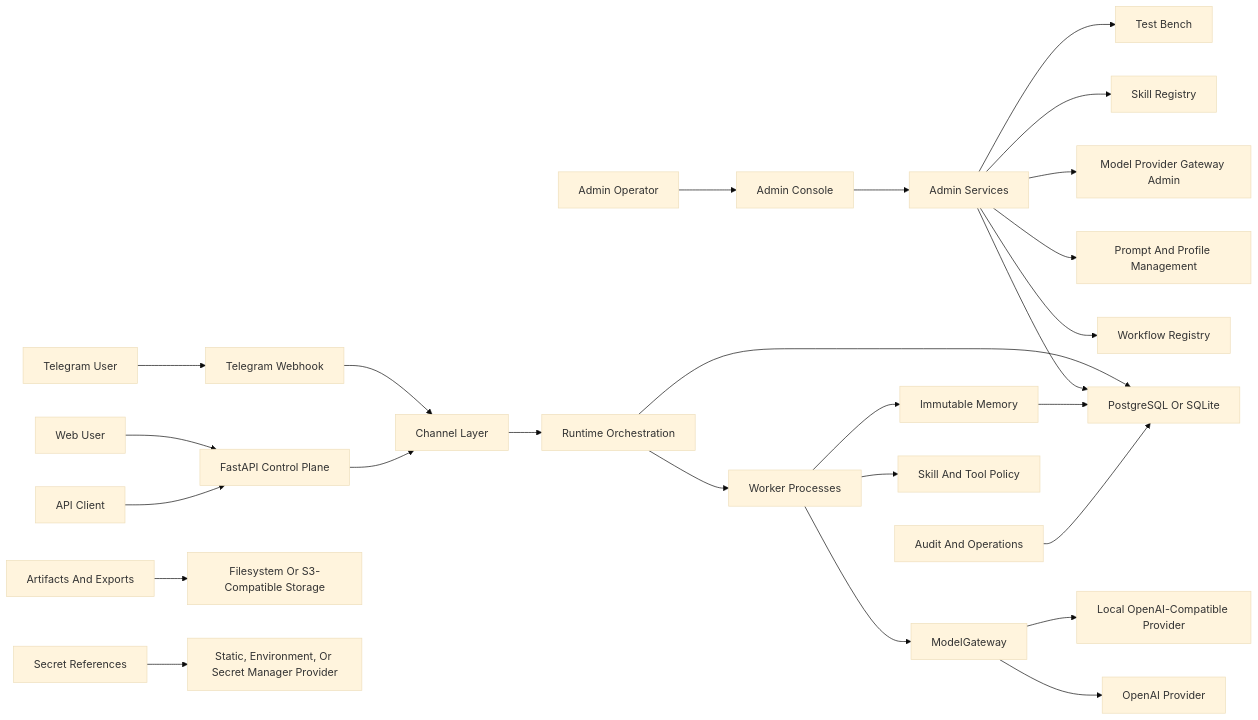
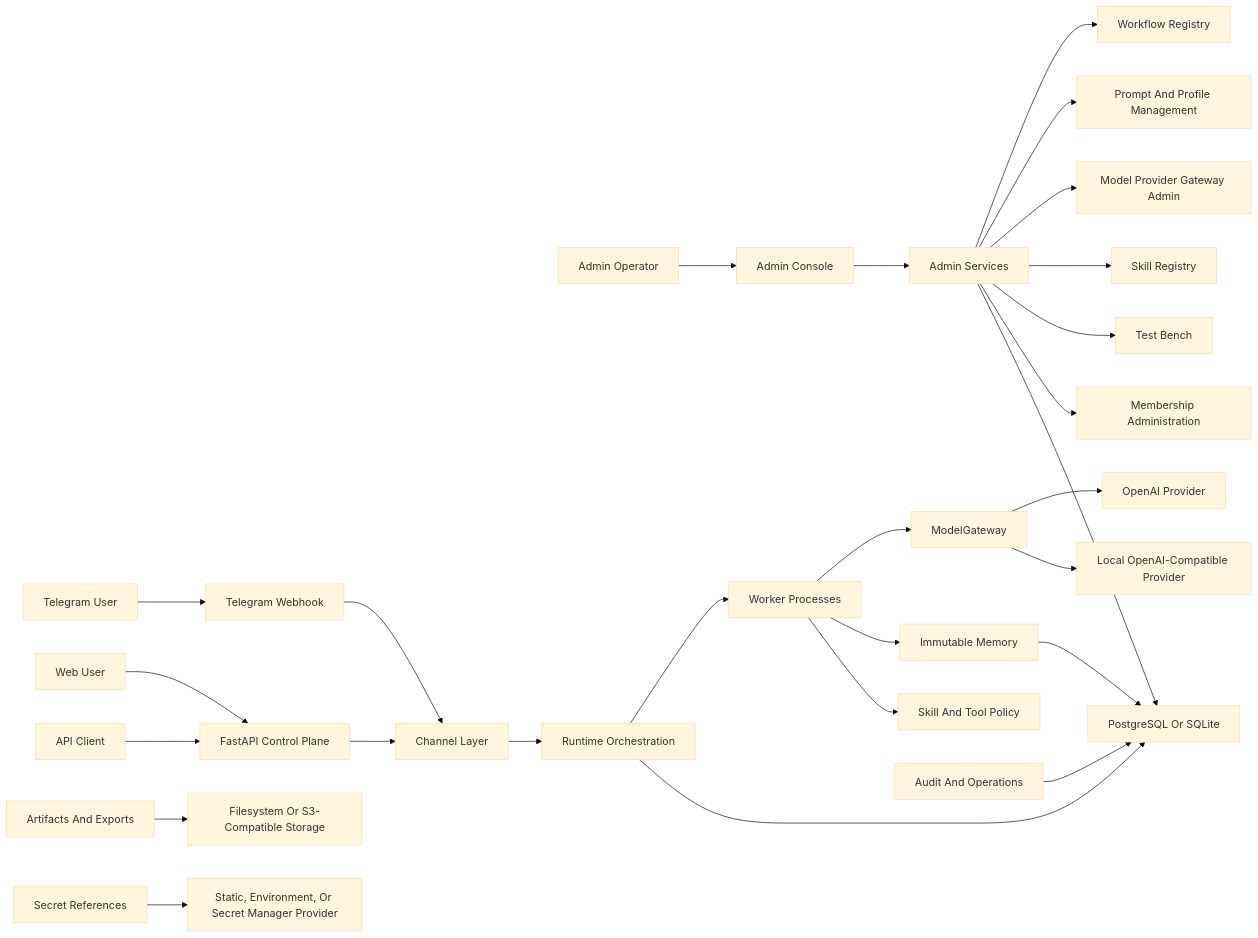
The first of 31 diagrams in system_architecture.md (scott5252/multi-agent), drawn with Mermaid (base theme) before and after one commit. The commit also changed other lines of this file and 38 other files, not shown here.

````diff
--- a/system_architecture.md
+++ b/system_architecture.md
@@ -51,33 +50,34 @@
 ```mermaid
 flowchart LR
     f1n1["Web User"] --> f1n2["FastAPI Control Plane"]
     f1n3["API Client"] --> f1n2["FastAPI Control Plane"]
     f1n4["Telegram User"] --> f1n5["Telegram Webhook"]
     f1n6["Admin Operator"] --> f1n7["Admin Console"]
 
     f1n5["Telegram Webhook"] --> f1n8["Channel Layer"]
     f1n2["FastAPI Control Plane"] --> f1n8["Channel Layer"]
     f1n7["Admin Console"] --> f1n9["Admin Services"]
 
     f1n8["Channel Layer"] --> f1n10["Runtime Orchestration"]
     f1n9["Admin Services"] --> f1n11["Workflow Registry"]
     f1n9["Admin Services"] --> f1n12["Prompt And Profile Management"]
     f1n9["Admin Services"] --> f1n13["Model Provider Gateway Admin"]
     f1n9["Admin Services"] --> f1n14["Skill Registry"]
     f1n9["Admin Services"] --> f1n15["Test Bench"]
+    f1n9["Admin Services"] --> f1n28["Membership Administration"]
 
     f1n10["Runtime Orchestration"] --> f1n16["Worker Processes"]
     f1n16["Worker Processes"] --> f1n17["ModelGateway"]
     f1n16["Worker Processes"] --> f1n18["Immutable Memory"]
     f1n16["Worker Processes"] --> f1n19["Skill And Tool Policy"]
 
     f1n17["ModelGateway"] --> f1n20["OpenAI Provider"]
     f1n17["ModelGateway"] --> f1n21["Local OpenAI-Compatible Provider"]
 
     f1n10["Runtime Orchestration"] --> f1n22["PostgreSQL Or SQLite"]
     f1n9["Admin Services"] --> f1n22["PostgreSQL Or SQLite"]
     f1n18["Immutable Memory"] --> f1n22["PostgreSQL Or SQLite"]
     f1n23["Audit And Operations"] --> f1n22["PostgreSQL Or SQLite"]
     f1n24["Artifacts And Exports"] --> f1n25["Filesystem Or S3-Compatible Storage"]
     f1n26["Secret References"] --> f1n27["Static, Environment, Or Secret Manager Provider"]
 ```
````
